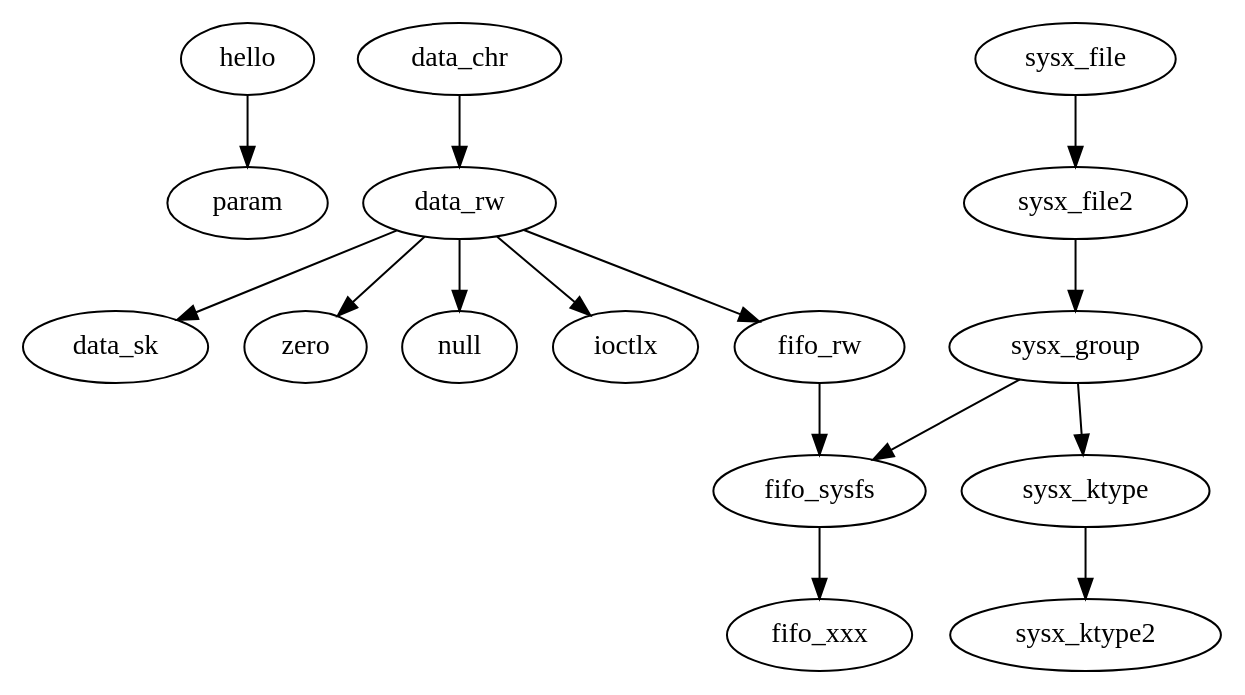
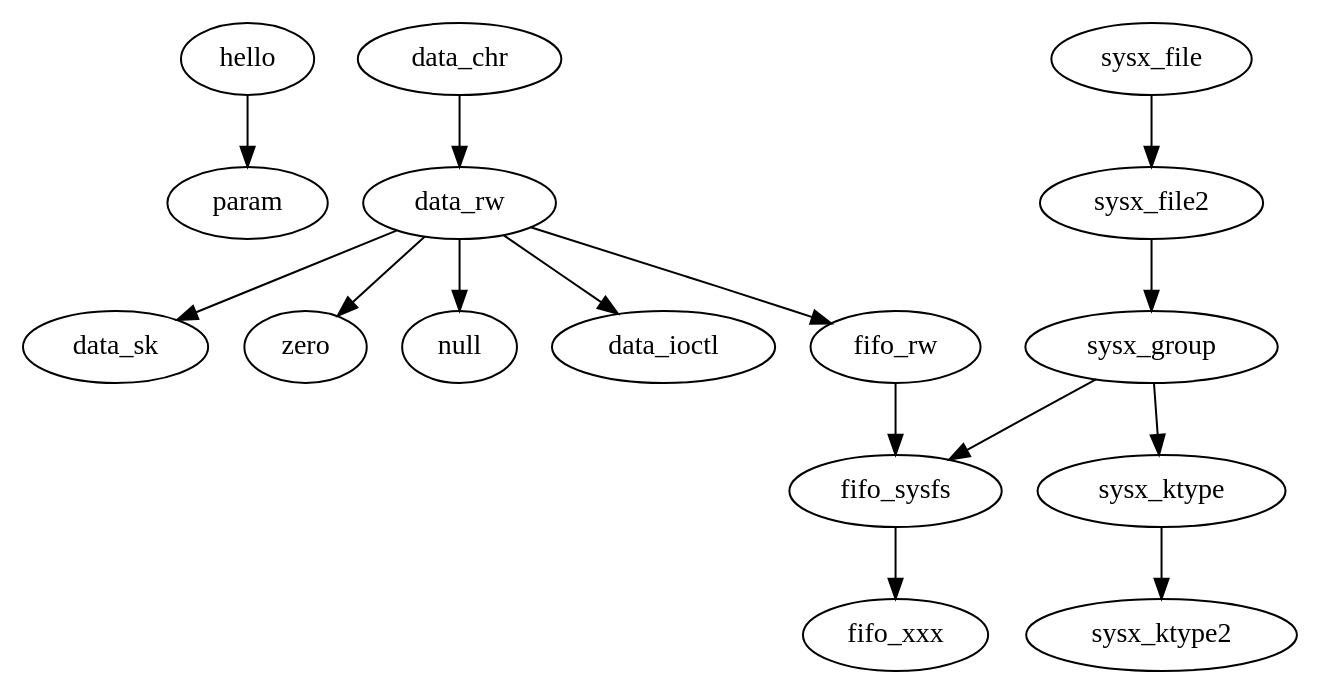
Before and after one commit to jmahler/ldd: the diagram in doc/hierarchy/hier.dot, drawn with Graphviz. The commit also changed 10 other files, not shown here.

First line of the commit message:
updated ioctl example, renamed ioctlx -> data_ioctl

```diff
--- a/doc/hierarchy/hier.dot
+++ b/doc/hierarchy/hier.dot
@@ -1,24 +1,24 @@
 
 digraph ldd {
 	hello;
 	hello -> param;
 
 	data_chr -> data_rw;
 	data_rw -> data_sk;
 
 	data_rw -> zero;
 	data_rw -> null;
 
-	data_rw -> ioctlx;
+	data_rw -> data_ioctl;
 
 	data_rw -> fifo_rw;
 	fifo_rw -> fifo_sysfs;
 	fifo_sysfs -> fifo_xxx;
 
 	sysx_file -> sysx_file2;
 	sysx_file2 -> sysx_group;
 	sysx_group -> sysx_ktype;
 	sysx_ktype -> sysx_ktype2;
 
 	sysx_group -> fifo_sysfs;
 }
```
